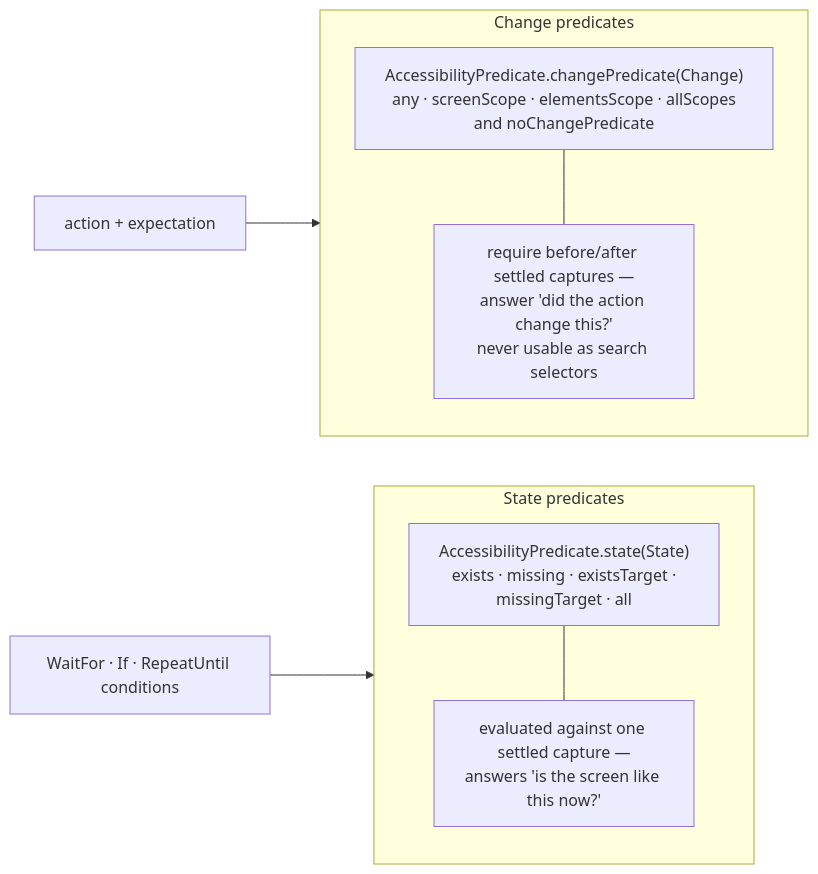
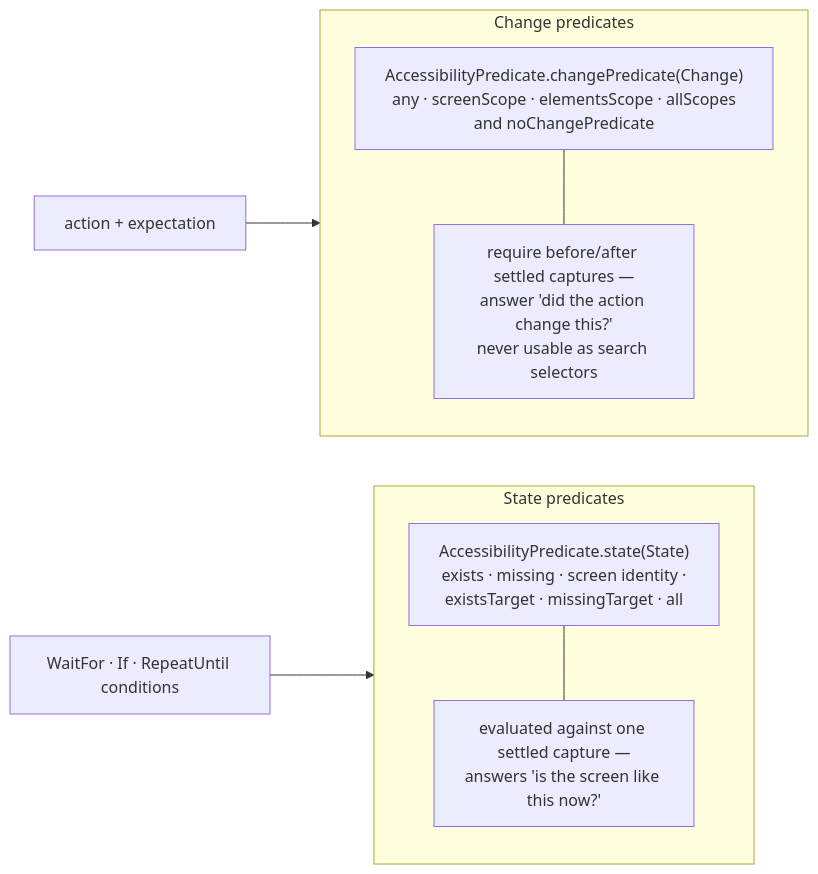
One commit to RoyalPineapple/TheButtonHeist changed the second of 2 diagrams in docs/diagrams/dsl-grammar.md. Above: the diagram before and after it, drawn with Mermaid. The commit also changed 25 other files, not shown here.

Commit message:
Add current screen identity predicate

````diff
--- a/docs/diagrams/dsl-grammar.md
+++ b/docs/diagrams/dsl-grammar.md
@@ -55,15 +55,15 @@
 ```mermaid
 flowchart LR
     subgraph statep["State predicates"]
-        STATE["AccessibilityPredicate.state(State)<br/>exists · missing · existsTarget ·<br/>missingTarget · all"]
+        STATE["AccessibilityPredicate.state(State)<br/>exists · missing · screen identity ·<br/>existsTarget · missingTarget · all"]
         NOTE1["evaluated against one settled capture —<br/>answers 'is the screen like this now?'"]
         STATE --- NOTE1
     end
     subgraph changep["Change predicates"]
         CHANGE["AccessibilityPredicate.changePredicate(Change)<br/>any · screenScope · elementsScope · allScopes<br/>and noChangePredicate"]
         NOTE2["require before/after settled captures —<br/>answer 'did the action change this?'<br/>never usable as search selectors"]
         CHANGE --- NOTE2
     end
     ACTIONK["action + expectation"] --> changep
     WAITK["WaitFor · If · RepeatUntil conditions"] --> statep
 ```
````
